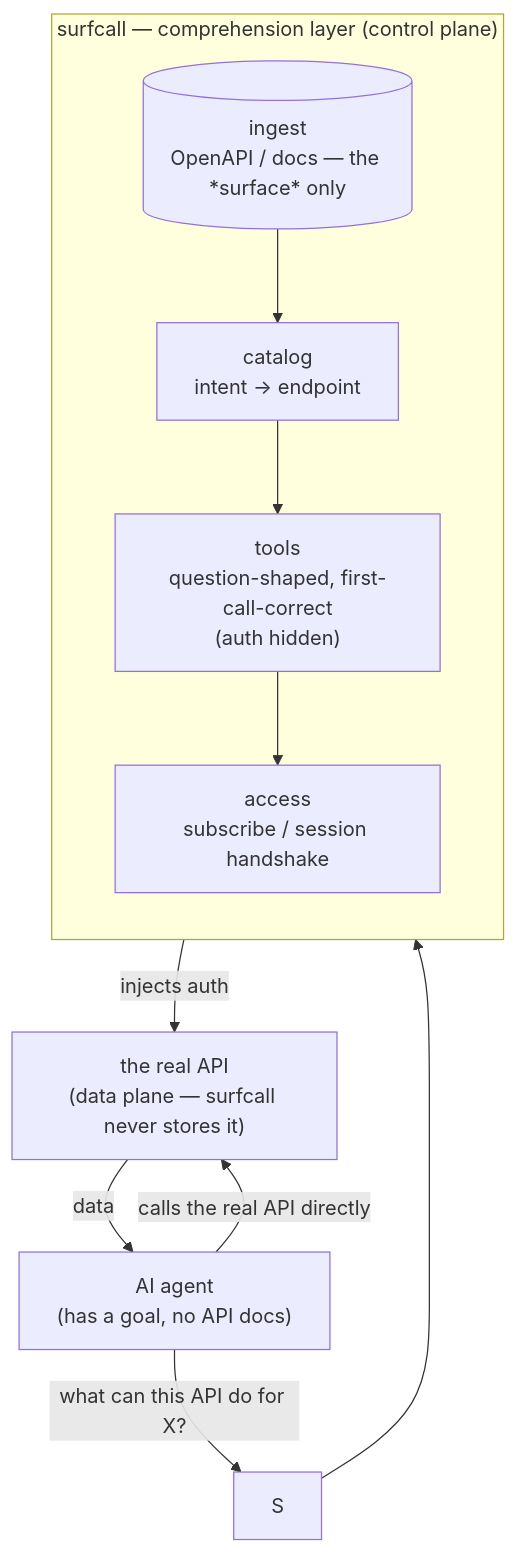
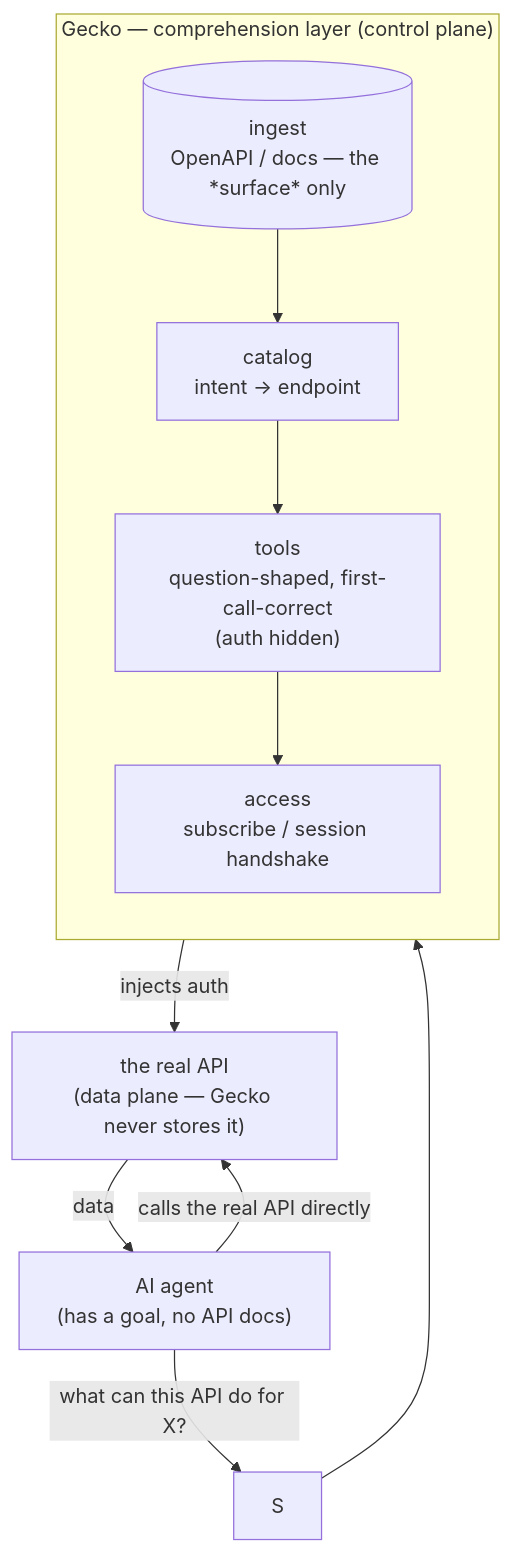
The diagram in README.md (GeckoVision/gecko-surf), drawn with Mermaid before and after one commit. The commit also changed other lines of this file and 50 other files, not shown here.

First line of the commit message:
refactor: rename package surfcall -> gecko (PyPI dist: gecko-surf)

````diff
--- a/README.md
+++ b/README.md
@@ -57,19 +57,19 @@
 ```mermaid
 flowchart TD
     A["AI agent<br/>(has a goal, no API docs)"] -->|"what can this API do for X?"| S
 
-    subgraph SC["surfcall — comprehension layer (control plane)"]
+    subgraph SC["Gecko — comprehension layer (control plane)"]
         direction TB
         ING[("ingest<br/>OpenAPI / docs — the *surface* only")]
         CAT["catalog<br/>intent → endpoint"]
         TOOL["tools<br/>question-shaped, first-call-correct<br/>(auth hidden)"]
         ACC["access<br/>subscribe / session handshake"]
         ING --> CAT --> TOOL
         TOOL --> ACC
     end
 
     S --> TOOL
     ACC -->|"injects auth"| CALL
-    A -->|"calls the real API directly"| CALL["the real API<br/>(data plane — surfcall never stores it)"]
+    A -->|"calls the real API directly"| CALL["the real API<br/>(data plane — Gecko never stores it)"]
     CALL -->|"data"| A
 ```
````
